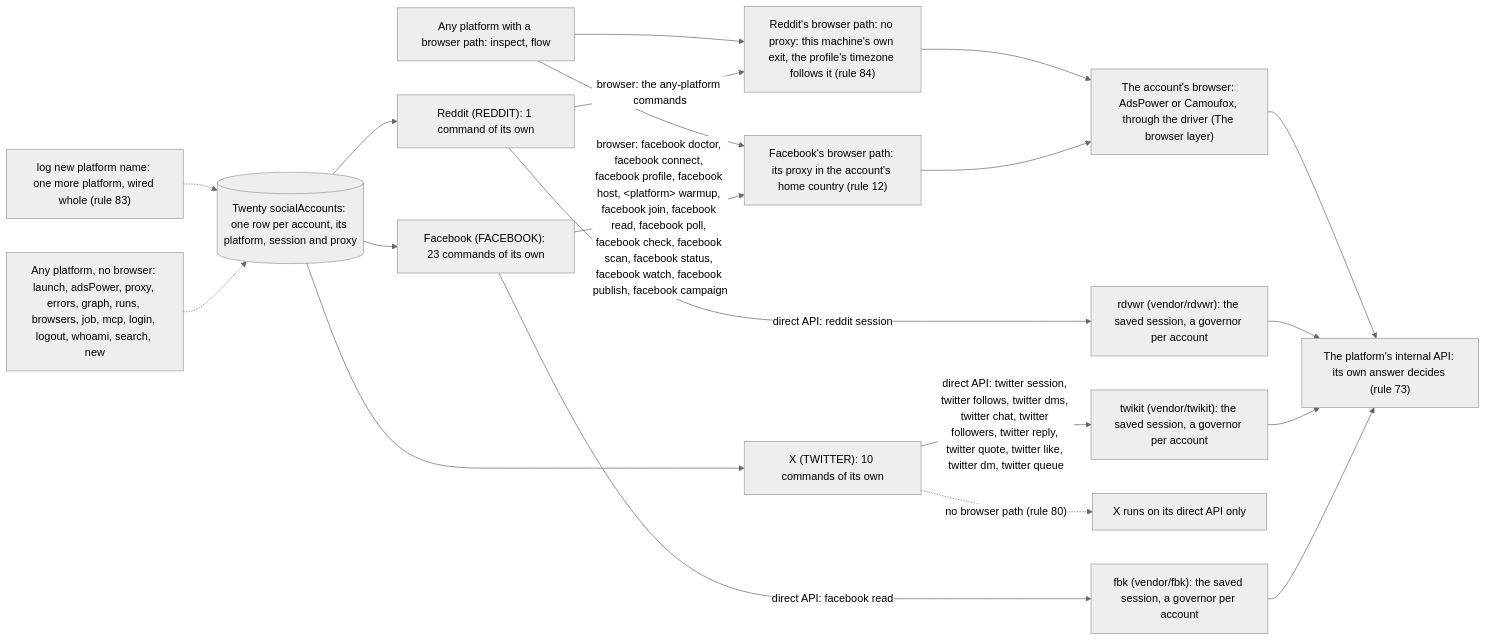
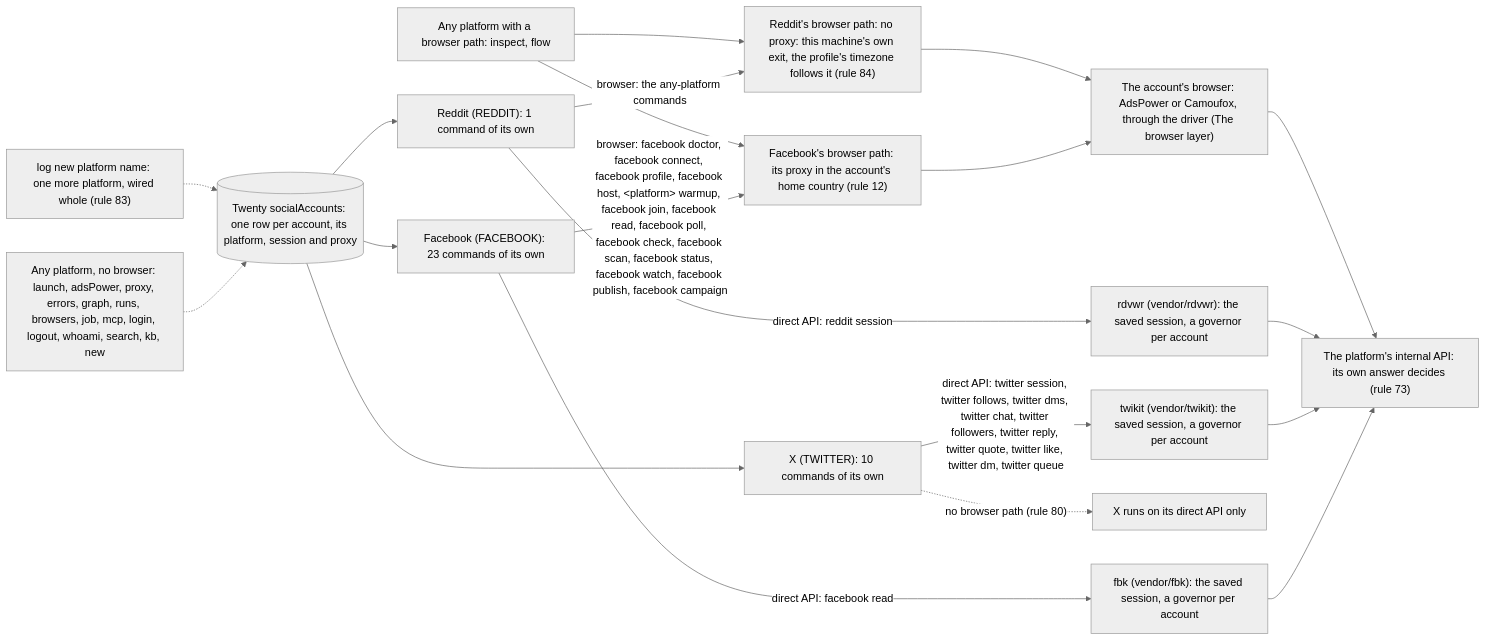
Before and after one commit to matthewdonsemail-lab/log: the diagram in docs/diagrams/platforms.mmd, drawn with Mermaid (neutral theme). The commit also changed 27 other files, not shown here.

```diff
--- a/docs/diagrams/platforms.mmd
+++ b/docs/diagrams/platforms.mmd
@@ -1,30 +1,30 @@
 %% The platforms. log-cli is platform-agnostic: each platform is a row in `PLATFORMS` and `PLATFORM_SITES` (`src/cli/runner/helpers/platforms.ts`), with its direct-API client from `DIRECT_ROUTES` (`src/directApi/engine`) and its browser path, with or without a proxy. A new one is made by `log new platform <name>` (rule 83).
 %% Written by `bun run docs:build` from the code (rule 56). Not edited by hand.
 flowchart LR
   twenty[("Twenty socialAccounts: one row per account, its platform, session and proxy")]
   api["The platform's internal API: its own answer decides (rule 73)"]
   drivers["The account's browser: AdsPower or Camoufox, through the driver (The browser layer)"]
   p_facebook["Facebook (FACEBOOK): 23 commands of its own"]
   twenty --> p_facebook
   p_facebook -->|"direct API: facebook read"| e_fbk["fbk (vendor/fbk): the saved session, a governor per account"]
   e_fbk --> api
   p_facebook -->|"browser: facebook doctor, facebook connect, facebook profile, facebook host, #lt;platform#gt; warmup, facebook join, facebook read, facebook poll, facebook check, facebook scan, facebook status, facebook watch, facebook publish, facebook campaign"| b_facebook["Facebook's browser path: its proxy in the account's home country (rule 12)"]
   b_facebook --> drivers
   p_twitter["X (TWITTER): 10 commands of its own"]
   twenty --> p_twitter
   p_twitter -->|"direct API: twitter session, twitter follows, twitter dms, twitter chat, twitter followers, twitter reply, twitter quote, twitter like, twitter dm, twitter queue"| e_twikit["twikit (vendor/twikit): the saved session, a governor per account"]
   e_twikit --> api
   p_twitter -.->|"no browser path (rule 80)"| nob_twitter["X runs on its direct API only"]
   p_reddit["Reddit (REDDIT): 1 command of its own"]
   twenty --> p_reddit
   p_reddit -->|"direct API: reddit session"| e_rdvwr["rdvwr (vendor/rdvwr): the saved session, a governor per account"]
   e_rdvwr --> api
   p_reddit -->|"browser: the any-platform commands"| b_reddit["Reddit's browser path: no proxy: this machine's own exit, the profile's timezone follows it (rule 84)"]
   b_reddit --> drivers
   anyB["Any platform with a browser path: inspect, flow"]
   anyB --> b_facebook
   anyB --> b_reddit
-  anyN["Any platform, no browser: launch, adsPower, proxy, errors, graph, runs, browsers, job, mcp, login, logout, whoami, search, new"]
+  anyN["Any platform, no browser: launch, adsPower, proxy, errors, graph, runs, browsers, job, mcp, login, logout, whoami, search, kb, new"]
   anyN -.-> twenty
   newP["log new platform name: one more platform, wired whole (rule 83)"] -.-> twenty
   drivers --> api
```
